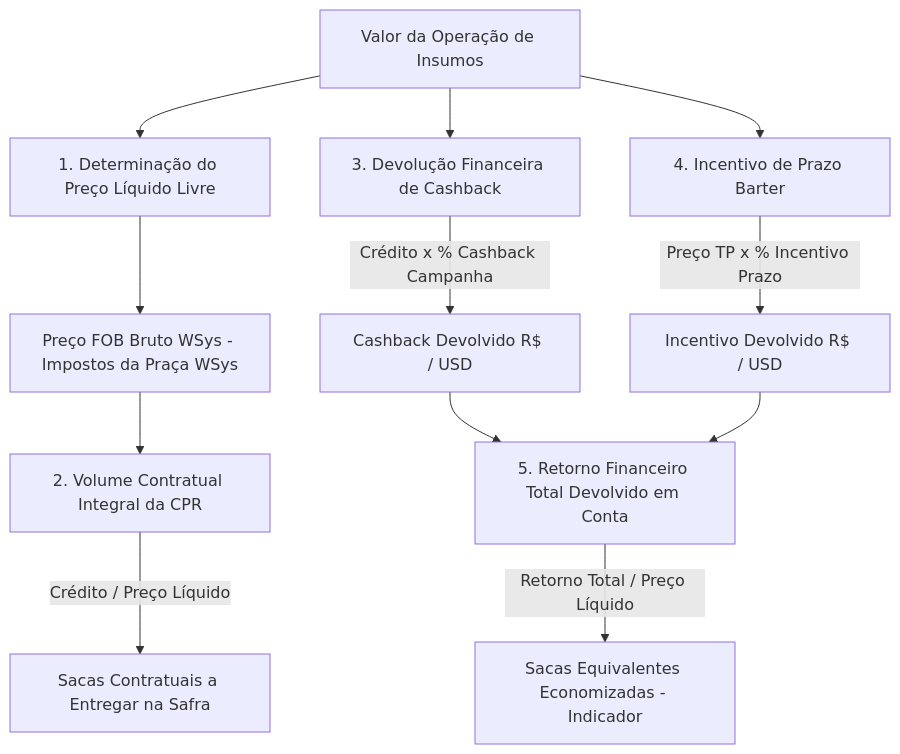
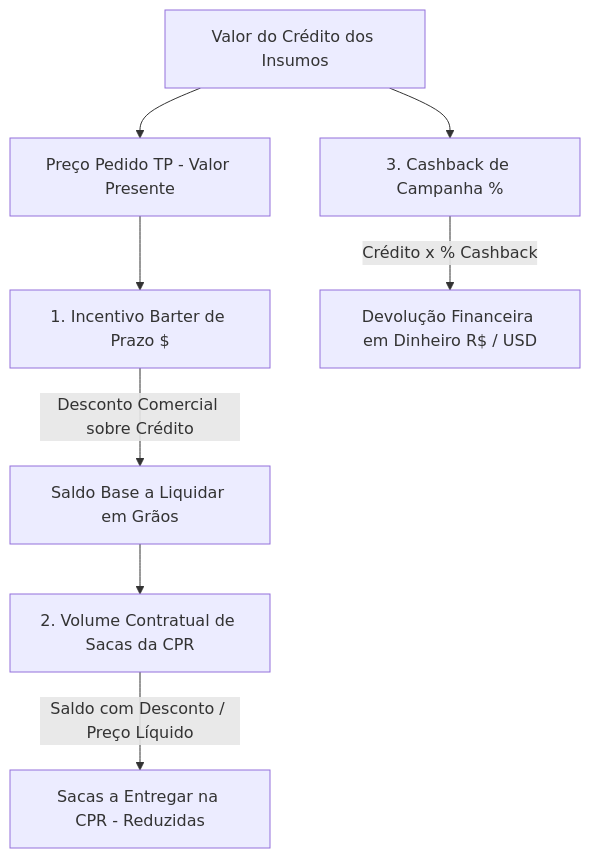
One commit to josuejofre/barter-simulator changed the diagram in PRD_SYDE-31_Simulador_Taxas_Barter_v1.0.md. Above: the diagram before and after it, drawn with Mermaid. The commit also changed other lines of this file and 3 other files, not shown here.

Commit message:
fix(calc): separa incentivo de prazo como desconto no volume de sacas da CPR e cashback como devolucao financeira em dinheiro

````diff
--- a/PRD_SYDE-31_Simulador_Taxas_Barter_v1.0.md
+++ b/PRD_SYDE-31_Simulador_Taxas_Barter_v1.0.md
@@ -104,16 +87,11 @@
 ```mermaid
 graph TD
-    A[Valor da Operação de Insumos] --> B[1. Determinação do Preço Líquido Livre]
-    B --> C[Preço FOB Bruto WSys - Impostos da Praça WSys]
-    C --> D[2. Volume Contratual Integral da CPR]
-    D -->|Crédito / Preço Líquido| E[Sacas Contratuais a Entregar na Safra]
+    A[Valor do Crédito dos Insumos] --> B[Preço Pedido TP - Valor Presente]
+    B --> C[1. Incentivo Barter de Prazo $]
+    C -->|Desconto Comercial sobre Crédito| D[Saldo Base a Liquidar em Grãos]
+    D --> E[2. Volume Contratual de Sacas da CPR]
+    E -->|Saldo com Desconto / Preço Líquido| F[Sacas a Entregar na CPR - Reduzidas]
     
-    A --> F[3. Devolução Financeira de Cashback]
-    F -->|Crédito x % Cashback Campanha| G[Cashback Devolvido R$ / USD]
-    
-    A --> H[4. Incentivo de Prazo Barter]
-    H -->|Preço TP x % Incentivo Prazo| I[Incentivo Devolvido R$ / USD]
-    
-    G & I --> J[5. Retorno Financeiro Total Devolvido em Conta]
-    J -->|Retorno Total / Preço Líquido| K[Sacas Equivalentes Economizadas - Indicador]
+    A --> G[3. Cashback de Campanha %]
+    G -->|Crédito x % Cashback| H[Devolução Financeira em Dinheiro R$ / USD]
 ```
````
